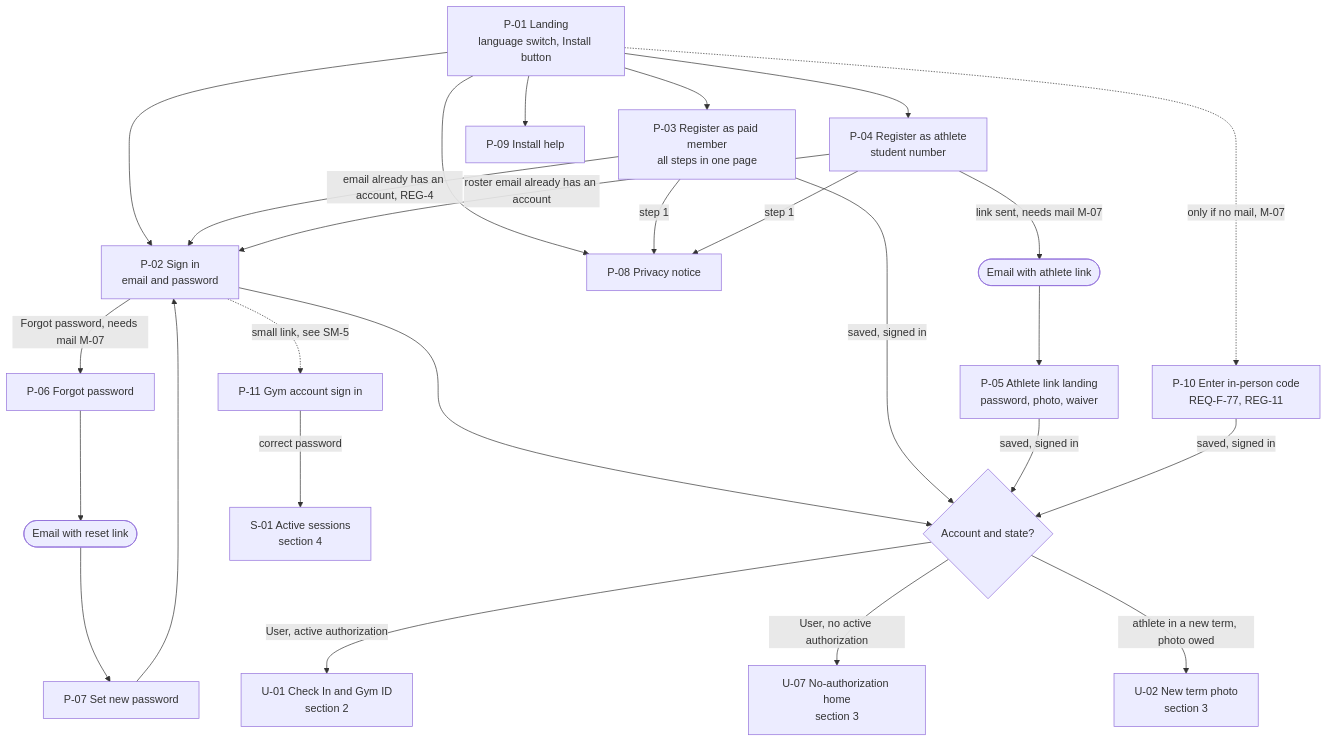
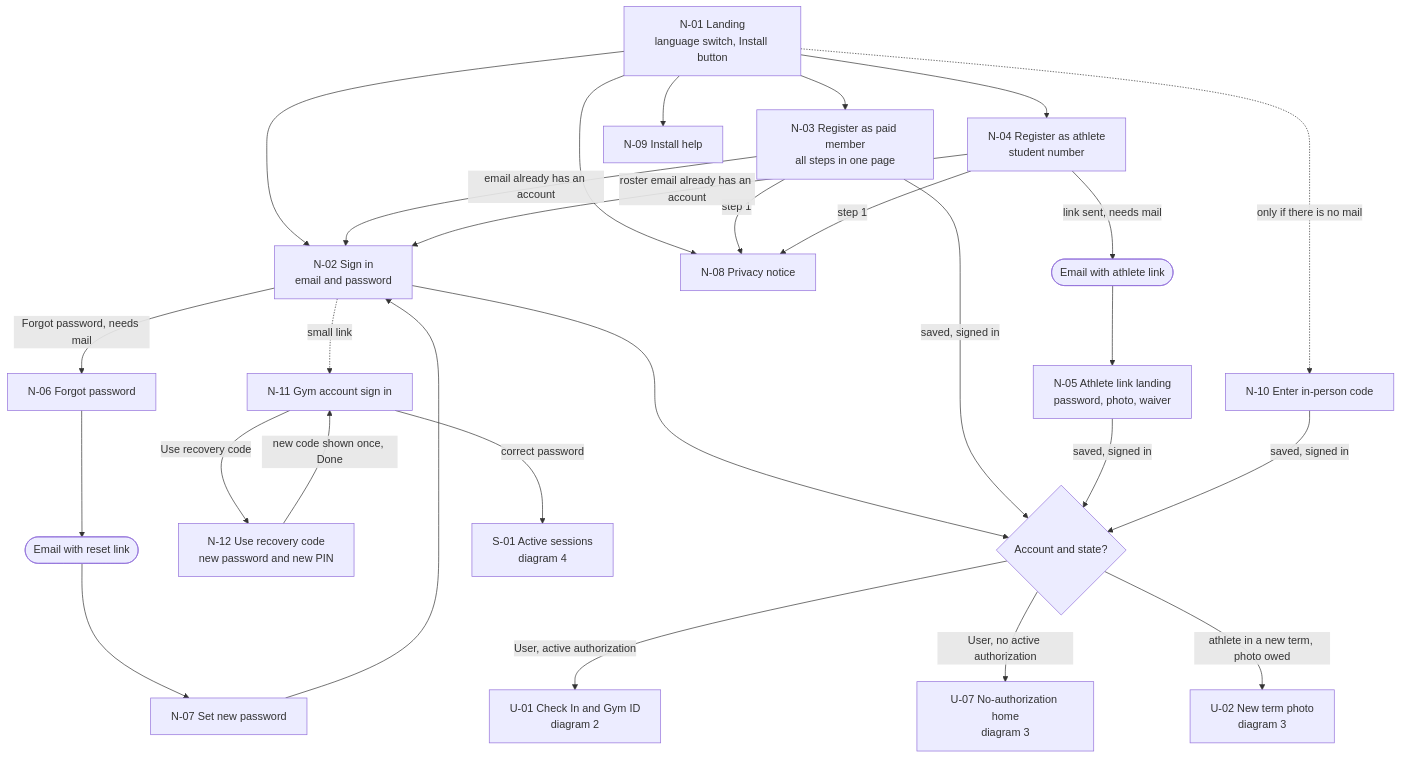
One commit to Th3-Minorities/natatorio-gym-app changed the first of 7 diagrams in docs/design/screen-map.md. Above: the diagram before and after it, drawn with Mermaid. The commit also changed other lines of this file, not shown here.

Commit message:
Add the roster and recovery code screens to the screen map

````diff
--- a/docs/design/screen-map.md
+++ b/docs/design/screen-map.md
@@ -12,28 +16,30 @@
 ```mermaid
 flowchart TD
-  P01["P-01 Landing<br/>language switch, Install button"] --> P02["P-02 Sign in<br/>email and password"]
-  P01 --> P03["P-03 Register as paid member<br/>all steps in one page"]
-  P01 --> P04["P-04 Register as athlete<br/>student number"]
-  P01 --> P08["P-08 Privacy notice"]
-  P01 --> P09["P-09 Install help"]
-  P01 -.->|"only if no mail, M-07"| P10["P-10 Enter in-person code<br/>REQ-F-77, REG-11"]
-  P02 -->|"Forgot password, needs mail M-07"| P06["P-06 Forgot password"]
-  P02 -.->|"small link, see SM-5"| P11["P-11 Gym account sign in"]
-  P03 -->|"step 1"| P08
-  P04 -->|"step 1"| P08
-  P03 -->|"email already has an account, REG-4"| P02
-  P04 -->|"roster email already has an account"| P02
-  P04 -->|"link sent, needs mail M-07"| MAIL1(["Email with athlete link"])
-  MAIL1 --> P05["P-05 Athlete link landing<br/>password, photo, waiver"]
-  P06 --> MAIL2(["Email with reset link"])
-  MAIL2 --> P07["P-07 Set new password"]
-  P07 --> P02
-  P02 --> R{"Account and state?"}
-  P03 -->|"saved, signed in"| R
-  P05 -->|"saved, signed in"| R
-  P10 -->|"saved, signed in"| R
-  R -->|"User, active authorization"| U01["U-01 Check In and Gym ID<br/>section 2"]
-  R -->|"User, no active authorization"| U07["U-07 No-authorization home<br/>section 3"]
-  R -->|"athlete in a new term, photo owed"| U02["U-02 New term photo<br/>section 3"]
-  P11 -->|"correct password"| S01["S-01 Active sessions<br/>section 4"]
+  N01["N-01 Landing<br/>language switch, Install button"] --> N02["N-02 Sign in<br/>email and password"]
+  N01 --> N03["N-03 Register as paid member<br/>all steps in one page"]
+  N01 --> N04["N-04 Register as athlete<br/>student number"]
+  N01 --> N08["N-08 Privacy notice"]
+  N01 --> N09["N-09 Install help"]
+  N01 -.->|"only if there is no mail"| N10["N-10 Enter in-person code"]
+  N02 -->|"Forgot password, needs mail"| N06["N-06 Forgot password"]
+  N02 -.->|"small link"| N11["N-11 Gym account sign in"]
+  N03 -->|"step 1"| N08
+  N04 -->|"step 1"| N08
+  N03 -->|"email already has an account"| N02
+  N04 -->|"roster email already has an account"| N02
+  N04 -->|"link sent, needs mail"| MAIL1(["Email with athlete link"])
+  MAIL1 --> N05["N-05 Athlete link landing<br/>password, photo, waiver"]
+  N06 --> MAIL2(["Email with reset link"])
+  MAIL2 --> N07["N-07 Set new password"]
+  N07 --> N02
+  N11 -->|"Use recovery code"| N12["N-12 Use recovery code<br/>new password and new PIN"]
+  N12 -->|"new code shown once, Done"| N11
+  N02 --> R{"Account and state?"}
+  N03 -->|"saved, signed in"| R
+  N05 -->|"saved, signed in"| R
+  N10 -->|"saved, signed in"| R
+  R -->|"User, active authorization"| U01["U-01 Check In and Gym ID<br/>diagram 2"]
+  R -->|"User, no active authorization"| U07["U-07 No-authorization home<br/>diagram 3"]
+  R -->|"athlete in a new term, photo owed"| U02["U-02 New term photo<br/>diagram 3"]
+  N11 -->|"correct password"| S01["S-01 Active sessions<br/>diagram 4"]
 ```
````
